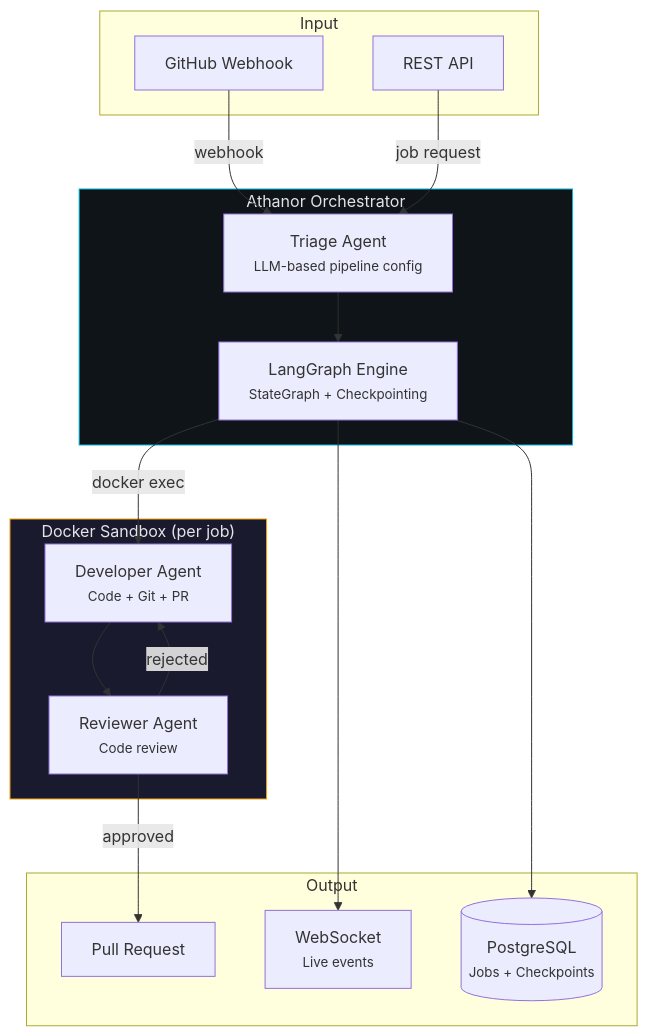
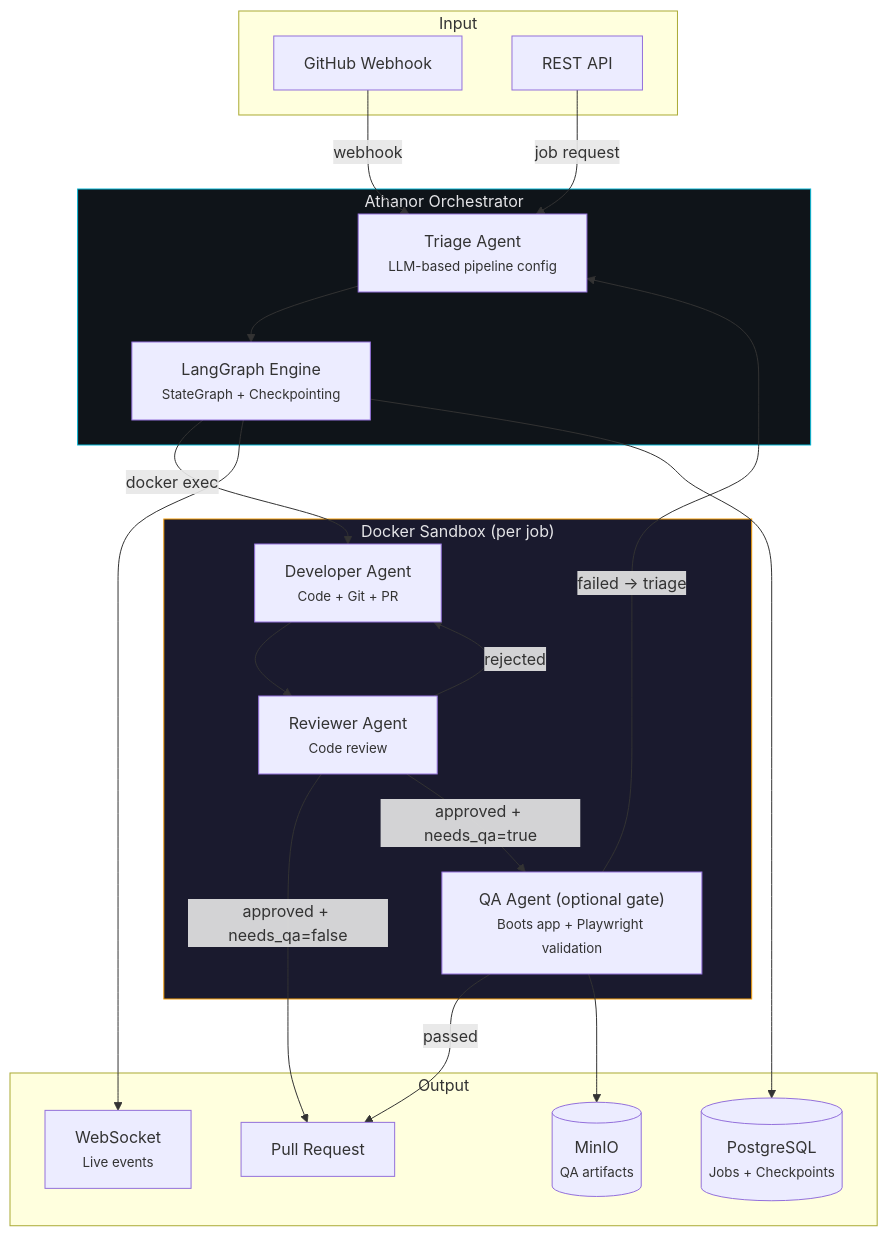
Before and after one commit to sudoTomas/embry0: the first of 4 diagrams in README.md, drawn with Mermaid. The commit also changed other lines of this file and 1 other file, not shown here.

````diff
--- a/README.md
+++ b/README.md
@@ -24,36 +24,42 @@
 ```mermaid
 graph TB
     subgraph Input
         GH["GitHub Webhook"]
         API["REST API"]
     end
 
     subgraph Athanor["Athanor Orchestrator"]
         TR["Triage Agent<br/><small>LLM-based pipeline config</small>"]
         LG["LangGraph Engine<br/><small>StateGraph + Checkpointing</small>"]
     end
 
     subgraph Sandbox["Docker Sandbox (per job)"]
         DEV["Developer Agent<br/><small>Code + Git + PR</small>"]
         REV["Reviewer Agent<br/><small>Code review</small>"]
+        QA["QA Agent (optional gate)<br/><small>Boots app + Playwright validation</small>"]
     end
 
     subgraph Output
         PR["Pull Request"]
         WS["WebSocket<br/><small>Live events</small>"]
         DB[("PostgreSQL<br/><small>Jobs + Checkpoints</small>")]
+        MIN[("MinIO<br/><small>QA artifacts</small>")]
     end
 
     GH -->|webhook| TR
     API -->|job request| TR
     TR --> LG
     LG -->|docker exec| DEV
     DEV --> REV
     REV -->|rejected| DEV
-    REV -->|approved| PR
+    REV -->|"approved + needs_qa=false"| PR
+    REV -->|"approved + needs_qa=true"| QA
+    QA -->|"passed"| PR
+    QA -->|"failed → triage"| TR
+    QA --> MIN
     LG --> WS
     LG --> DB
 
     style Athanor fill:#0f1419,stroke:#06b6d4,color:#e4e4e7
     style Sandbox fill:#1a1a2e,stroke:#f59e0b,color:#e4e4e7
 ```
````
